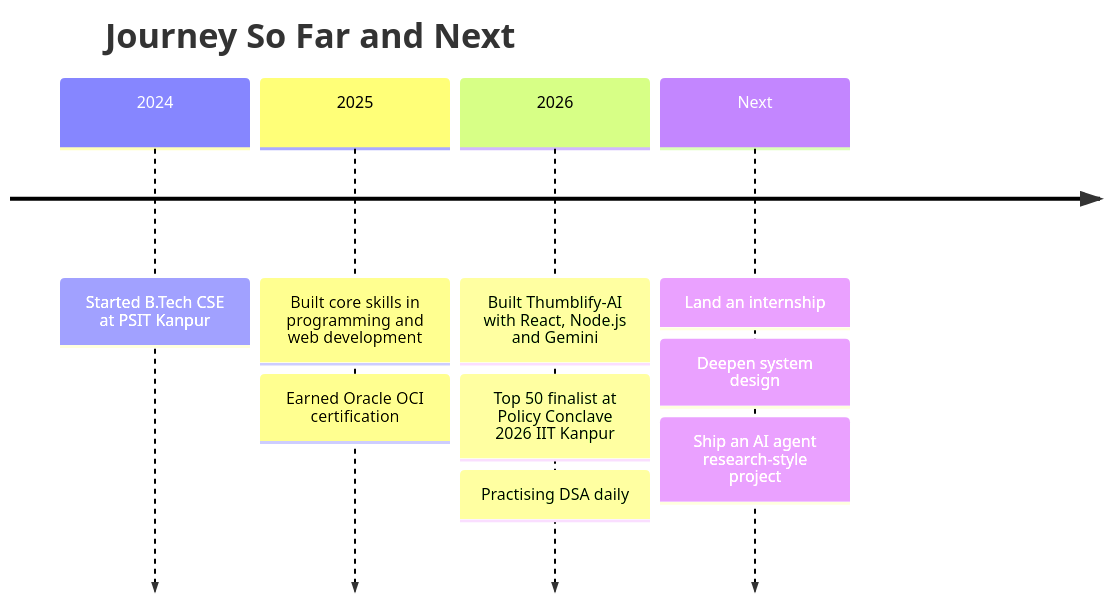
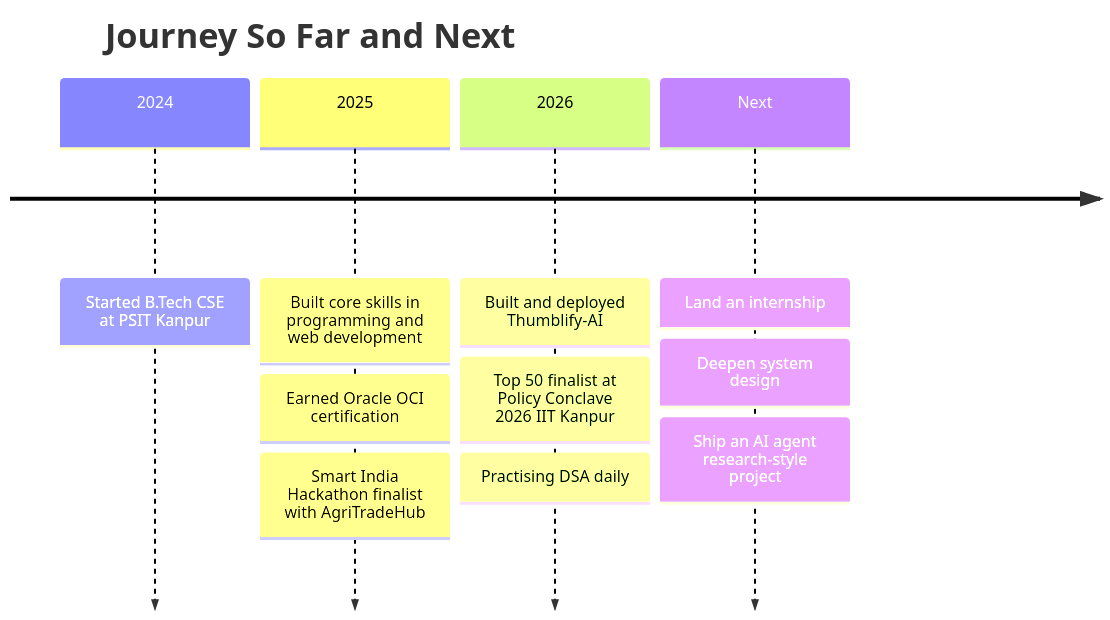
One commit to ayush91dubey/ayush91dubey changed the third of 3 diagrams in README.md. Above: the diagram before and after it, drawn with Mermaid. The commit also changed other lines of this file, not shown here.

````diff
--- a/README.md
+++ b/README.md
@@ -166,13 +213,14 @@
 ```mermaid
 timeline
     title Journey So Far and Next
     2024 : Started B.Tech CSE at PSIT Kanpur
     2025 : Built core skills in programming and web development
          : Earned Oracle OCI certification
-    2026 : Built Thumblify-AI with React, Node.js and Gemini
+         : Smart India Hackathon finalist with AgriTradeHub
+    2026 : Built and deployed Thumblify-AI
          : Top 50 finalist at Policy Conclave 2026 IIT Kanpur
          : Practising DSA daily
     Next : Land an internship
          : Deepen system design
          : Ship an AI agent research-style project
 ```
````
